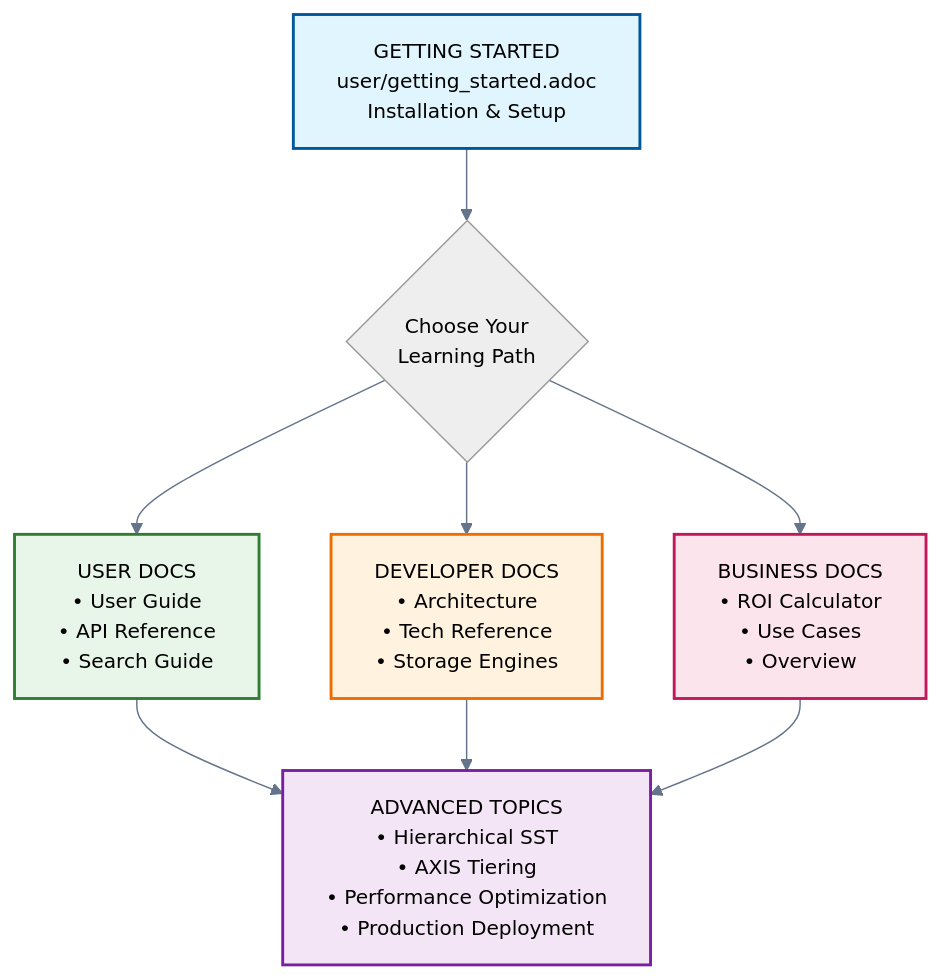
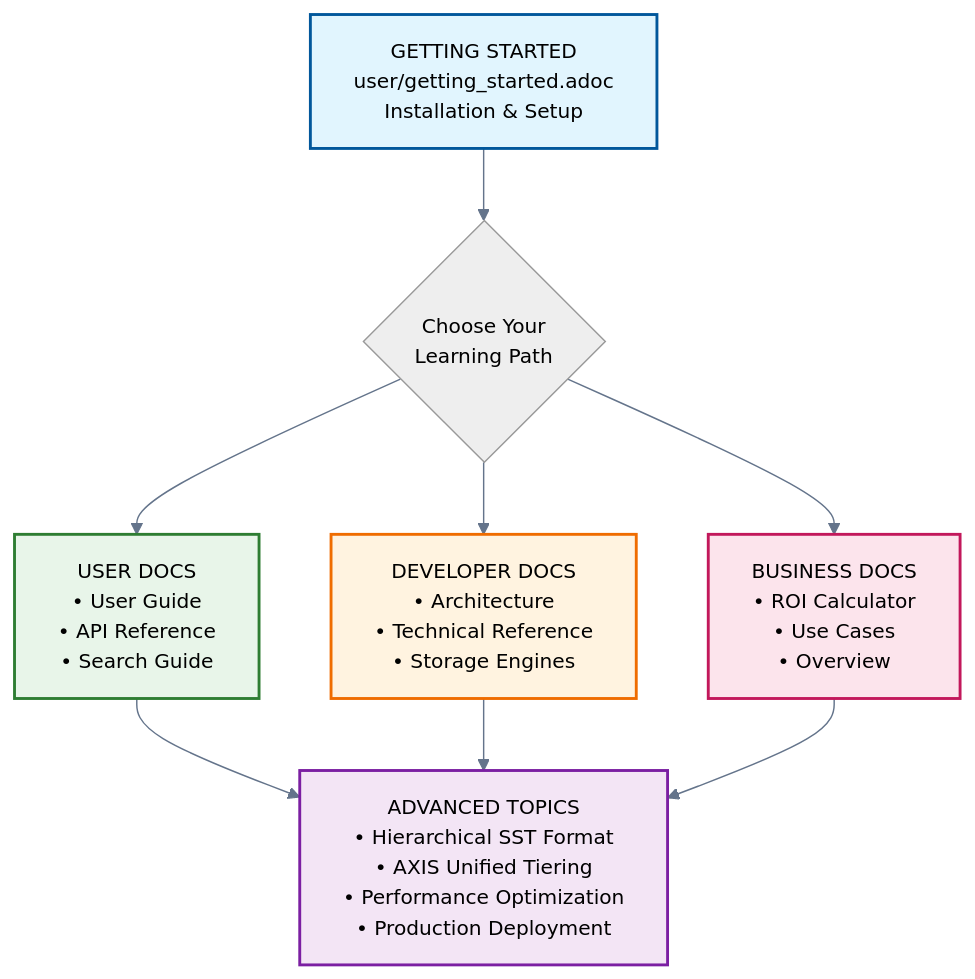
The diagram in docs/diagrams/documentation-hub.mmd (vjsingh1984/proximaDB), drawn with Mermaid before and after one commit. The commit also changed 114 other files, not shown here.

First line of the commit message:
Fix compilation errors across storage engines and modules

```diff
--- a/docs/diagrams/documentation-hub.mmd
+++ b/docs/diagrams/documentation-hub.mmd
@@ -1,17 +1,17 @@
 %%{init: {"theme":"neutral", "themeVariables": {"primaryColor":"#4A90E2","primaryBorderColor":"#2563eb","secondaryColor":"#5CB85C","tertiaryColor":"#F5A623","lineColor":"#64748b","background":"transparent","fontFamily":"-apple-system, BlinkMacSystemFont, Segoe UI, Roboto, sans-serif","fontSize":"14px"}}}%%
 graph TD
     Start[GETTING STARTED<br/>user/getting_started.adoc<br/>Installation & Setup] --> Choice{Choose Your<br/>Learning Path}
     
     Choice --> User[USER DOCS<br/>• User Guide<br/>• API Reference<br/>• Search Guide]
-    Choice --> Dev[DEVELOPER DOCS<br/>• Architecture<br/>• Tech Reference<br/>• Storage Engines]
+    Choice --> Dev[DEVELOPER DOCS<br/>• Architecture<br/>• Technical Reference<br/>• Storage Engines]
     Choice --> Biz[BUSINESS DOCS<br/>• ROI Calculator<br/>• Use Cases<br/>• Overview]
     
-    User --> Advanced[ADVANCED TOPICS<br/>• Hierarchical SST<br/>• AXIS Tiering<br/>• Performance Optimization<br/>• Production Deployment]
+    User --> Advanced[ADVANCED TOPICS<br/>• Hierarchical SST Format<br/>• AXIS Unified Tiering<br/>• Performance Optimization<br/>• Production Deployment]
     Dev --> Advanced
     Biz --> Advanced
     
     style Start fill:#e1f5fe,stroke:#01579b,stroke-width:2px
     style User fill:#e8f5e9,stroke:#2e7d32,stroke-width:2px
     style Dev fill:#fff3e0,stroke:#ef6c00,stroke-width:2px
     style Biz fill:#fce4ec,stroke:#c2185b,stroke-width:2px
     style Advanced fill:#f3e5f5,stroke:#7b1fa2,stroke-width:2px
```
